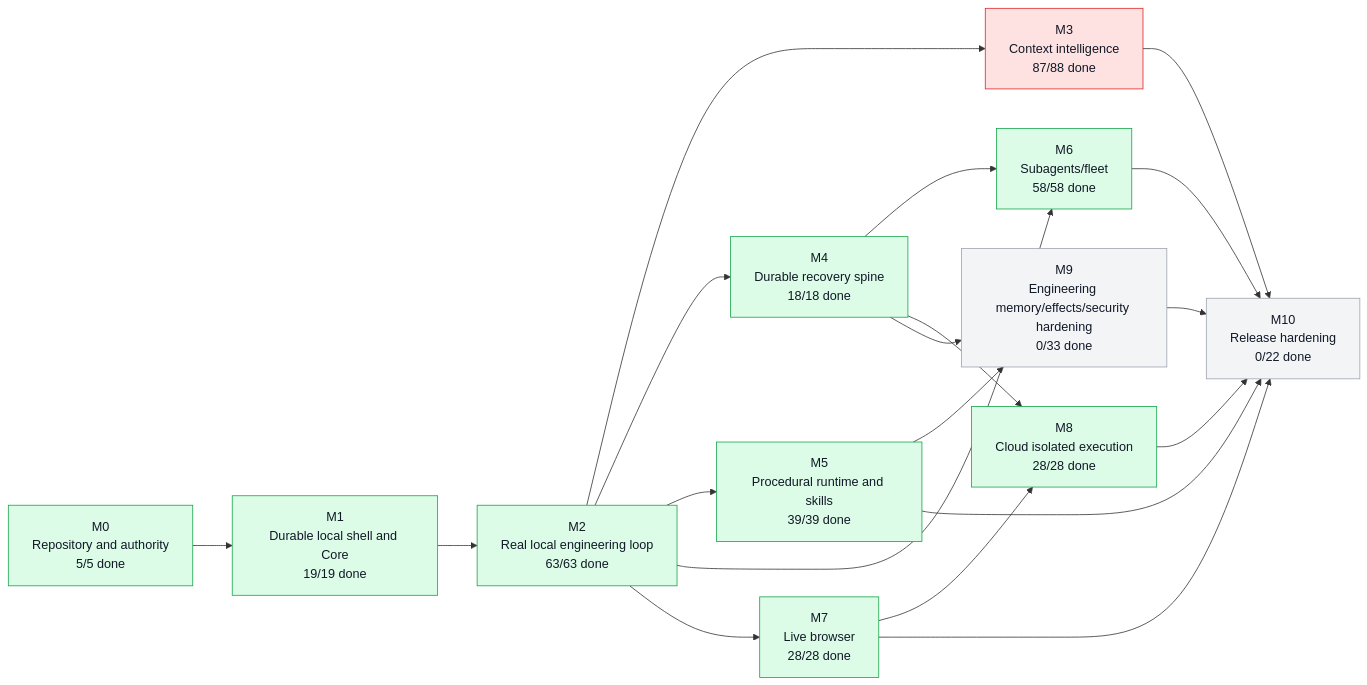
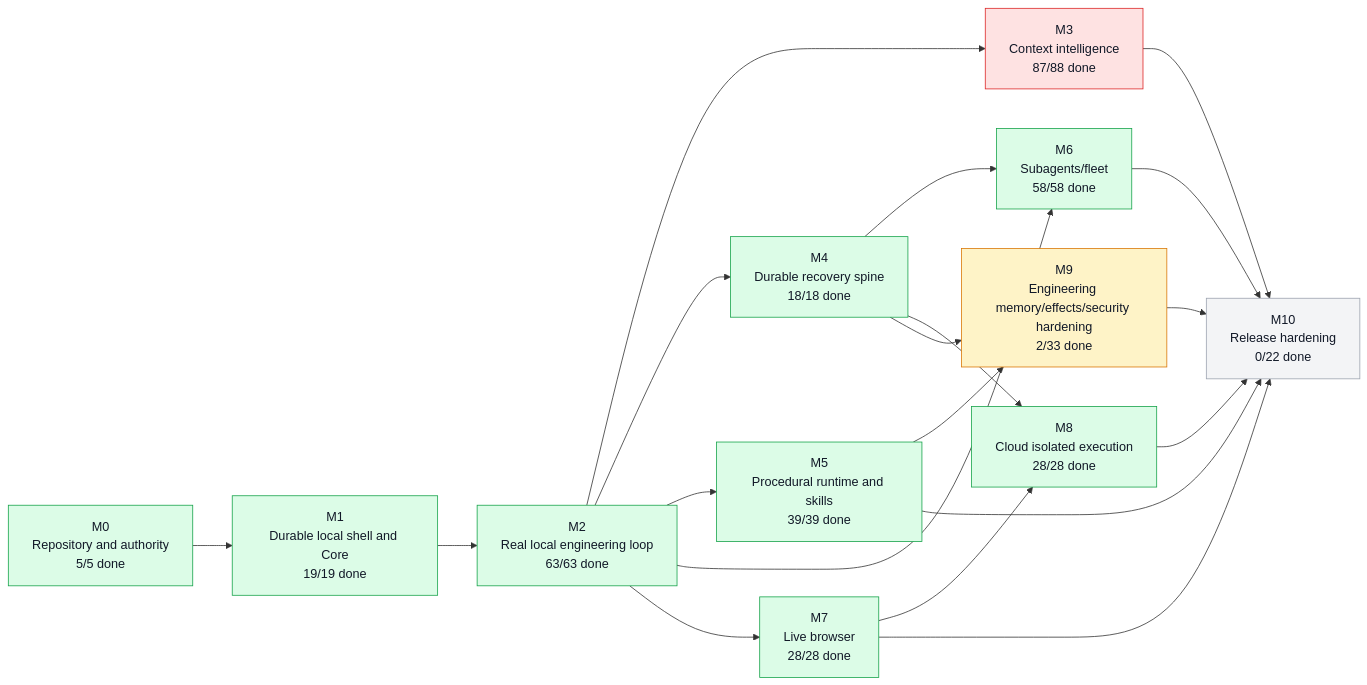
One commit to moss101/modbit changed the first of 5 diagrams in graph/PROJECT_GRAPH.md. Above: the diagram before and after it, drawn with Mermaid. The commit also changed other lines of this file and 6 other files, not shown here.

First line of the commit message:
M9.1: seal governed engineering memory (IMP-EV-0162) COMPLETE

````diff
--- a/graph/PROJECT_GRAPH.md
+++ b/graph/PROJECT_GRAPH.md
@@ -57,43 +57,43 @@
 ```mermaid
 flowchart LR
   M0["M0<br/>Repository and authority<br/>5/5 done"]
   M1["M1<br/>Durable local shell and Core<br/>19/19 done"]
   M2["M2<br/>Real local engineering loop<br/>63/63 done"]
   M3["M3<br/>Context intelligence<br/>87/88 done"]
   M4["M4<br/>Durable recovery spine<br/>18/18 done"]
   M5["M5<br/>Procedural runtime and skills<br/>39/39 done"]
   M6["M6<br/>Subagents/fleet<br/>58/58 done"]
   M7["M7<br/>Live browser<br/>28/28 done"]
   M8["M8<br/>Cloud isolated execution<br/>28/28 done"]
-  M9["M9<br/>Engineering memory/effects/security hardening<br/>0/33 done"]
+  M9["M9<br/>Engineering memory/effects/security hardening<br/>2/33 done"]
   M10["M10<br/>Release hardening<br/>0/22 done"]
   M0 --> M1
   M1 --> M2
   M2 --> M3
   M2 --> M4
   M2 --> M5
   M2 --> M6
   M4 --> M6
   M2 --> M7
   M4 --> M8
   M7 --> M8
   M4 --> M9
   M5 --> M9
   M3 --> M10
   M5 --> M10
   M6 --> M10
   M7 --> M10
   M8 --> M10
   M9 --> M10
   style M0 fill:#dcfce7,stroke:#16a34a,color:#111827
   style M1 fill:#dcfce7,stroke:#16a34a,color:#111827
   style M2 fill:#dcfce7,stroke:#16a34a,color:#111827
   style M3 fill:#fee2e2,stroke:#dc2626,color:#111827
   style M4 fill:#dcfce7,stroke:#16a34a,color:#111827
   style M5 fill:#dcfce7,stroke:#16a34a,color:#111827
   style M6 fill:#dcfce7,stroke:#16a34a,color:#111827
   style M7 fill:#dcfce7,stroke:#16a34a,color:#111827
   style M8 fill:#dcfce7,stroke:#16a34a,color:#111827
-  style M9 fill:#f3f4f6,stroke:#9ca3af,color:#111827
+  style M9 fill:#fef3c7,stroke:#d97706,color:#111827
   style M10 fill:#f3f4f6,stroke:#9ca3af,color:#111827
 ```
````
